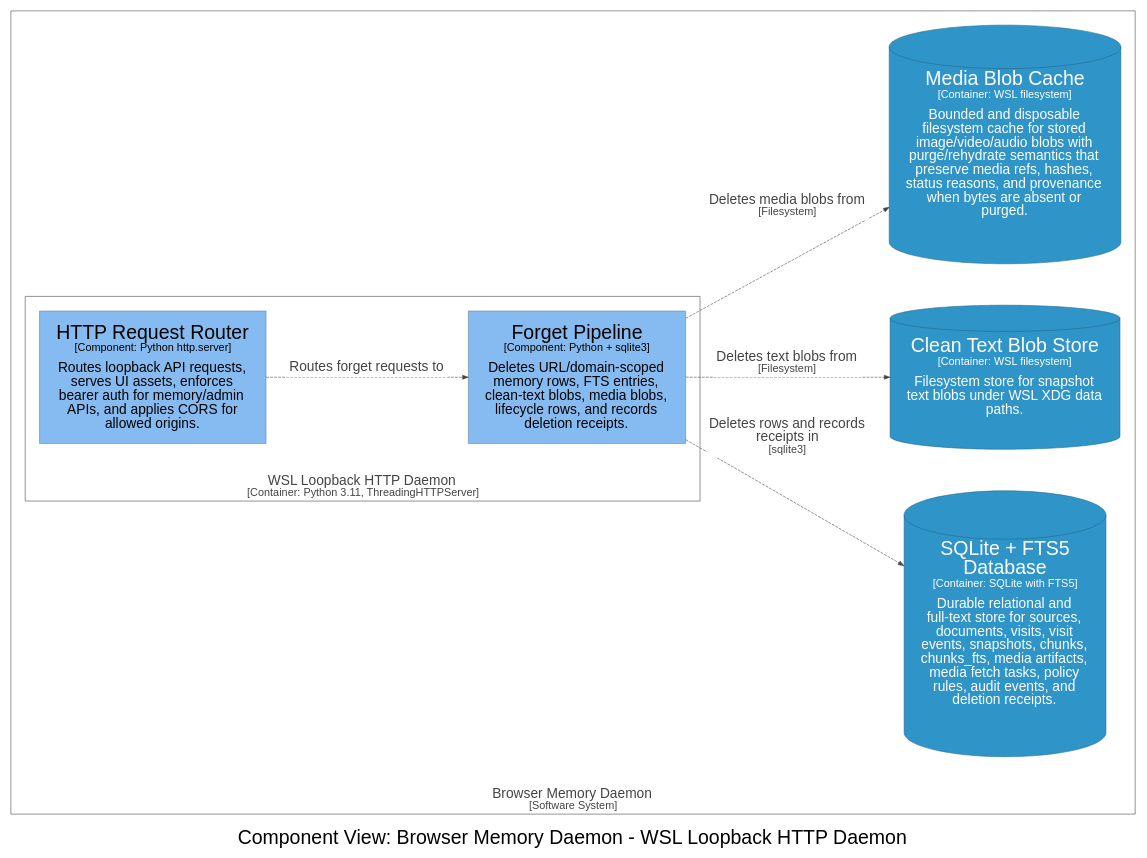
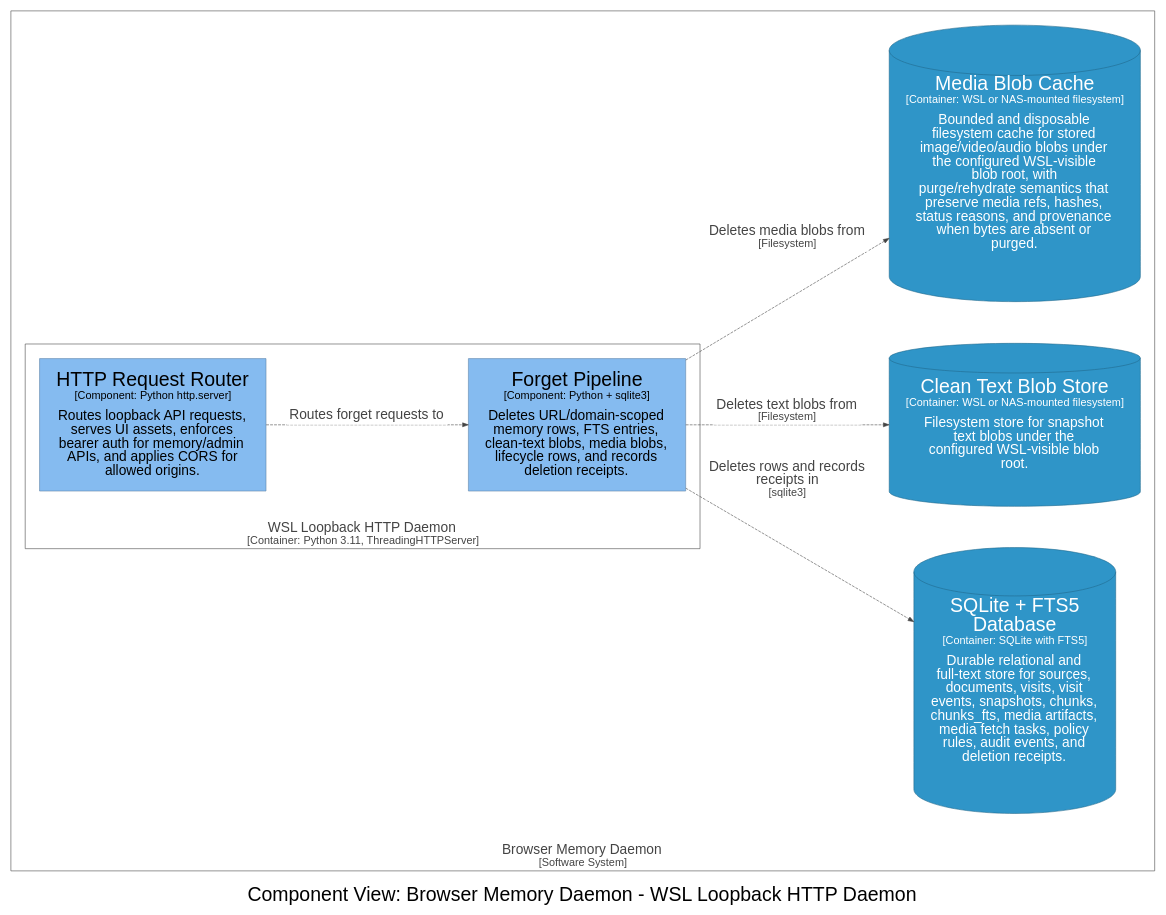
One commit to michaelnicks0/browser-memory-daemon changed the diagram in docs/architecture/diagrams/dot/structurizr-DaemonForgetComponents.dot. Above: the diagram before and after it, drawn with Graphviz. The commit also changed 148 other files, not shown here.

Commit message:
feat: support NAS-backed blob root

```diff
--- a/docs/architecture/diagrams/dot/structurizr-DaemonForgetComponents.dot
+++ b/docs/architecture/diagrams/dot/structurizr-DaemonForgetComponents.dot
@@ -1,38 +1,38 @@
 digraph {
   compound=true
   graph [fontname="Arial", rankdir=LR, ranksep=1.0, nodesep=1.0]
   node [fontname="Arial", shape=box, margin="0.4,0.3"]
   edge [fontname="Arial"]
   label=<<br /><font point-size="34">Component View: Browser Memory Daemon - WSL Loopback HTTP Daemon</font>>
 
   subgraph cluster_4 {
     margin=25
     label=<<font point-size="24"><br />Browser Memory Daemon</font><br /><font point-size="19">[Software System]</font>>
     labelloc=b
     color="#444444"
     fontcolor="#444444"
     fillcolor="#444444"
 
     subgraph cluster_14 {
       margin=25
       label=<<font point-size="24"><br />WSL Loopback HTTP Daemon</font><br /><font point-size="19">[Container: Python 3.11, ThreadingHTTPServer]</font>>
       labelloc=b
       color="#444444"
       fontcolor="#444444"
       fillcolor="#444444"
 
       15 [id=15,shape=rect, label=<<font point-size="34">HTTP Request Router</font><br /><font point-size="19">[Component: Python http.server]</font><br /><br /><font point-size="24">Routes loopback API requests,<br />serves UI assets, enforces<br />bearer auth for memory/admin<br />APIs, and applies CORS for<br />allowed origins.</font>>, style=filled, color="#5d82a8", fillcolor="#85bbf0", fontcolor="#000000"]
       22 [id=22,shape=rect, label=<<font point-size="34">Forget Pipeline</font><br /><font point-size="19">[Component: Python + sqlite3]</font><br /><br /><font point-size="24">Deletes URL/domain-scoped<br />memory rows, FTS entries,<br />clean-text blobs, media blobs,<br />lifecycle rows, and records<br />deletion receipts.</font>>, style=filled, color="#5d82a8", fillcolor="#85bbf0", fontcolor="#000000"]
     }
 
     27 [id=27,shape=cylinder, label=<<font point-size="34">SQLite + FTS5<br />Database</font><br /><font point-size="19">[Container: SQLite with FTS5]</font><br /><br /><font point-size="24">Durable relational and<br />full-text store for sources,<br />documents, visits, visit<br />events, snapshots, chunks,<br />chunks_fts, media artifacts,<br />media fetch tasks, policy<br />rules, audit events, and<br />deletion receipts.</font>>, style=filled, color="#20688c", fillcolor="#2f95c8", fontcolor="#ffffff"]
-    28 [id=28,shape=cylinder, label=<<font point-size="34">Clean Text Blob Store</font><br /><font point-size="19">[Container: WSL filesystem]</font><br /><br /><font point-size="24">Filesystem store for snapshot<br />text blobs under WSL XDG data<br />paths.</font>>, style=filled, color="#20688c", fillcolor="#2f95c8", fontcolor="#ffffff"]
-    29 [id=29,shape=cylinder, label=<<font point-size="34">Media Blob Cache</font><br /><font point-size="19">[Container: WSL filesystem]</font><br /><br /><font point-size="24">Bounded and disposable<br />filesystem cache for stored<br />image/video/audio blobs with<br />purge/rehydrate semantics that<br />preserve media refs, hashes,<br />status reasons, and provenance<br />when bytes are absent or<br />purged.</font>>, style=filled, color="#20688c", fillcolor="#2f95c8", fontcolor="#ffffff"]
+    28 [id=28,shape=cylinder, label=<<font point-size="34">Clean Text Blob Store</font><br /><font point-size="19">[Container: WSL or NAS-mounted filesystem]</font><br /><br /><font point-size="24">Filesystem store for snapshot<br />text blobs under the<br />configured WSL-visible blob<br />root.</font>>, style=filled, color="#20688c", fillcolor="#2f95c8", fontcolor="#ffffff"]
+    29 [id=29,shape=cylinder, label=<<font point-size="34">Media Blob Cache</font><br /><font point-size="19">[Container: WSL or NAS-mounted filesystem]</font><br /><br /><font point-size="24">Bounded and disposable<br />filesystem cache for stored<br />image/video/audio blobs under<br />the configured WSL-visible<br />blob root, with<br />purge/rehydrate semantics that<br />preserve media refs, hashes,<br />status reasons, and provenance<br />when bytes are absent or<br />purged.</font>>, style=filled, color="#20688c", fillcolor="#2f95c8", fontcolor="#ffffff"]
   }
 
   15 -> 22 [id=67, label=<<TABLE BORDER="0" CELLBORDER="0" CELLSPACING="0" CELLPADDING="4" BGCOLOR="white"><TR><TD><font point-size="24">Routes forget requests to</font></TD></TR></TABLE>>, style="dashed", color="#444444", fontcolor="#444444"]
   22 -> 27 [id=79, label=<<TABLE BORDER="0" CELLBORDER="0" CELLSPACING="0" CELLPADDING="4" BGCOLOR="white"><TR><TD><font point-size="24">Deletes rows and records<br />receipts in</font><br /><font point-size="19">[sqlite3]</font></TD></TR></TABLE>>, style="dashed", color="#444444", fontcolor="#444444"]
   22 -> 28 [id=80, label=<<TABLE BORDER="0" CELLBORDER="0" CELLSPACING="0" CELLPADDING="4" BGCOLOR="white"><TR><TD><font point-size="24">Deletes text blobs from</font><br /><font point-size="19">[Filesystem]</font></TD></TR></TABLE>>, style="dashed", color="#444444", fontcolor="#444444"]
   22 -> 29 [id=81, label=<<TABLE BORDER="0" CELLBORDER="0" CELLSPACING="0" CELLPADDING="4" BGCOLOR="white"><TR><TD><font point-size="24">Deletes media blobs from</font><br /><font point-size="19">[Filesystem]</font></TD></TR></TABLE>>, style="dashed", color="#444444", fontcolor="#444444"]
 
 }
```
